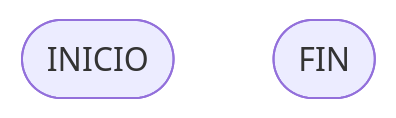
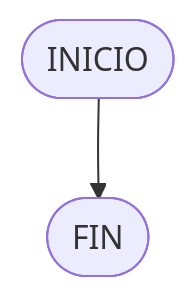
The second of 3 diagrams in ed/ed_flowchart.md (Mindusting/myVault), drawn with Mermaid before and after one commit. The commit also changed other lines of this file and 150 other files, not shown here.

````diff
--- a/ed/ed_flowchart.md
+++ b/ed/ed_flowchart.md
@@ -26,5 +39,5 @@
 ```mermaid
 flowchart TB
-    inicio([INICIO])
+    inicio([INICIO]) -->
     fin([FIN])
 ```
````
